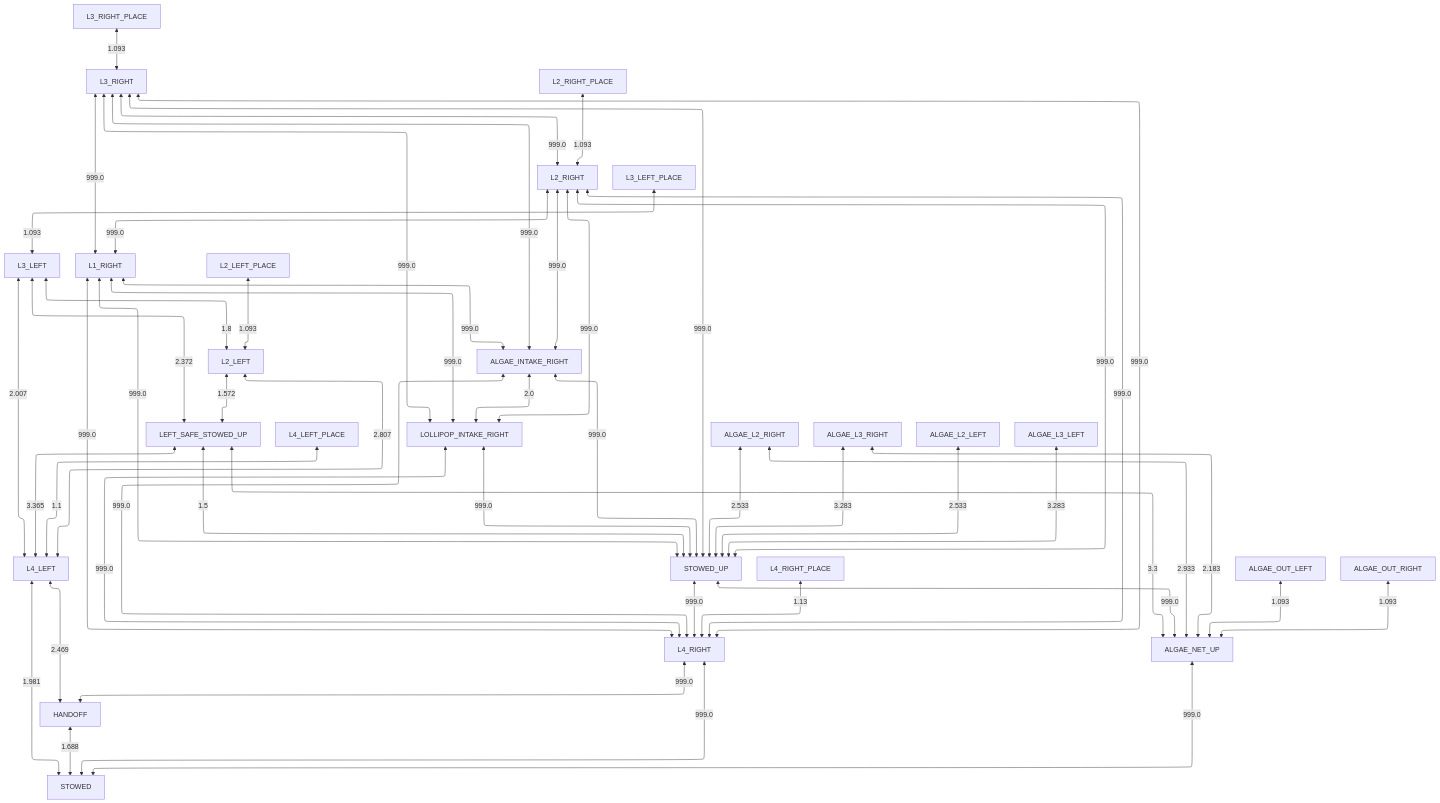
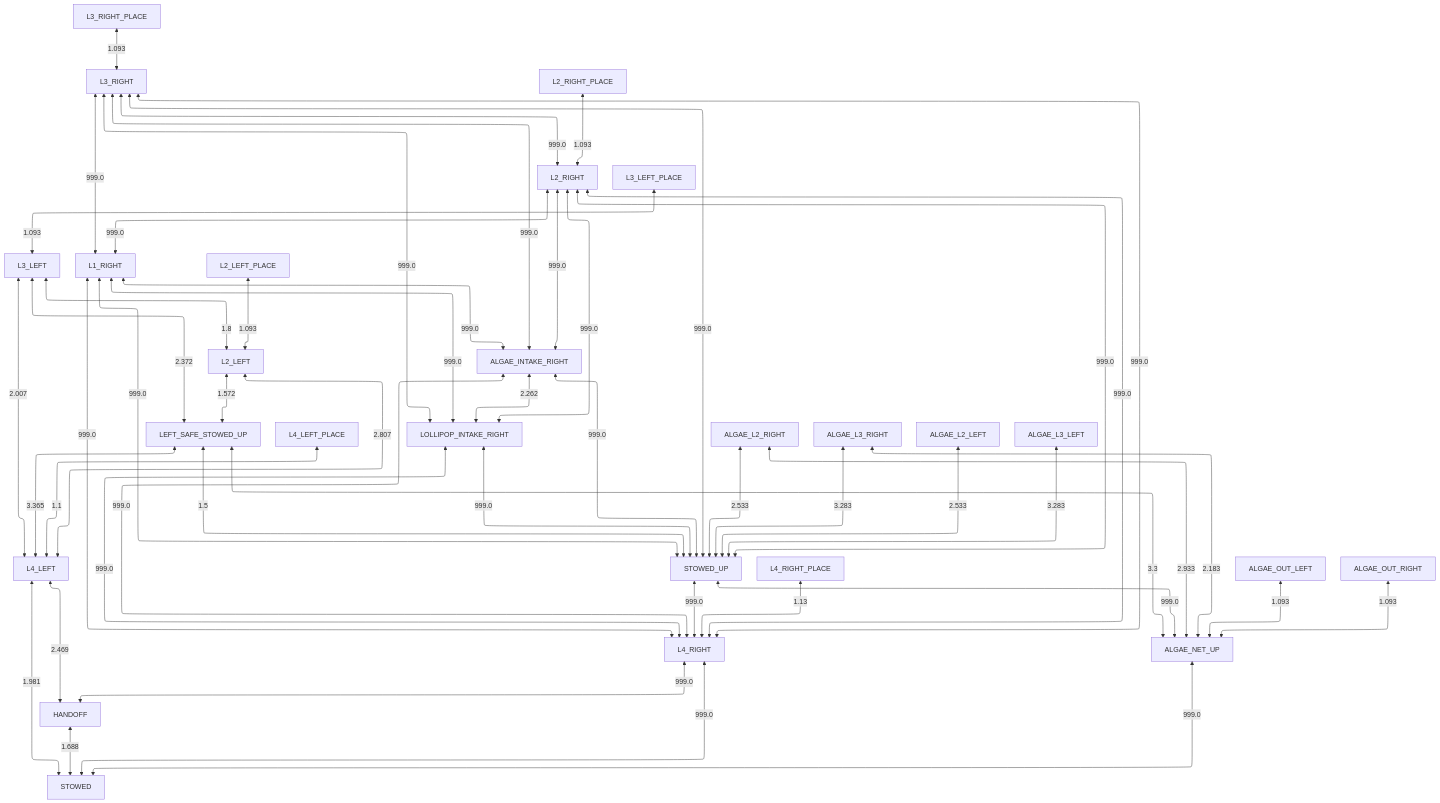
Before and after one commit to team581/2025-beta: the diagram in docs/collision_avoidance/right_obstructed.md, drawn with Mermaid. The commit also changed 7 other files, not shown here.

````diff
--- a/docs/collision_avoidance/right_obstructed.md
+++ b/docs/collision_avoidance/right_obstructed.md
@@ -3,55 +3,55 @@
 ```mermaid
 %%{ init: { "flowchart": { "defaultRenderer": "elk" } } }%%
 graph TD
 
 HANDOFF <-- 1.688 --> STOWED
 L4_LEFT <-- 1.981 --> STOWED
 L4_RIGHT <-- 999.0 --> STOWED
 ALGAE_NET_UP <-- 999.0 --> STOWED
 L4_LEFT <-- 2.469 --> HANDOFF
 L4_RIGHT <-- 999.0 --> HANDOFF
 LEFT_SAFE_STOWED_UP <-- 3.365 --> L4_LEFT
 L2_LEFT <-- 2.807 --> L4_LEFT
 L3_LEFT <-- 2.007 --> L4_LEFT
 L4_LEFT_PLACE <-- 1.1 --> L4_LEFT
 STOWED_UP <-- 999.0 --> L4_RIGHT
 ALGAE_INTAKE_RIGHT <-- 999.0 --> L4_RIGHT
 LOLLIPOP_INTAKE_RIGHT <-- 999.0 --> L4_RIGHT
 L1_RIGHT <-- 999.0 --> L4_RIGHT
 L2_RIGHT <-- 999.0 --> L4_RIGHT
 L3_RIGHT <-- 999.0 --> L4_RIGHT
 L4_RIGHT_PLACE <-- 1.13 --> L4_RIGHT
 LEFT_SAFE_STOWED_UP <-- 3.3 --> ALGAE_NET_UP
 STOWED_UP <-- 999.0 --> ALGAE_NET_UP
 ALGAE_OUT_LEFT <-- 1.093 --> ALGAE_NET_UP
 ALGAE_OUT_RIGHT <-- 1.093 --> ALGAE_NET_UP
 ALGAE_L2_RIGHT <-- 2.933 --> ALGAE_NET_UP
 ALGAE_L3_RIGHT <-- 2.183 --> ALGAE_NET_UP
 LEFT_SAFE_STOWED_UP <-- 1.5 --> STOWED_UP
 LOLLIPOP_INTAKE_RIGHT <-- 999.0 --> STOWED_UP
 ALGAE_INTAKE_RIGHT <-- 999.0 --> STOWED_UP
 L1_RIGHT <-- 999.0 --> STOWED_UP
 L2_RIGHT <-- 999.0 --> STOWED_UP
 L3_RIGHT <-- 999.0 --> STOWED_UP
 ALGAE_L2_LEFT <-- 2.533 --> STOWED_UP
 ALGAE_L2_RIGHT <-- 2.533 --> STOWED_UP
 ALGAE_L3_LEFT <-- 3.283 --> STOWED_UP
 ALGAE_L3_RIGHT <-- 3.283 --> STOWED_UP
 L2_LEFT <-- 1.572 --> LEFT_SAFE_STOWED_UP
 L3_LEFT <-- 2.372 --> LEFT_SAFE_STOWED_UP
-ALGAE_INTAKE_RIGHT <-- 2.0 --> LOLLIPOP_INTAKE_RIGHT
+ALGAE_INTAKE_RIGHT <-- 2.262 --> LOLLIPOP_INTAKE_RIGHT
 L1_RIGHT <-- 999.0 --> LOLLIPOP_INTAKE_RIGHT
 L2_RIGHT <-- 999.0 --> LOLLIPOP_INTAKE_RIGHT
 L3_RIGHT <-- 999.0 --> LOLLIPOP_INTAKE_RIGHT
 L1_RIGHT <-- 999.0 --> ALGAE_INTAKE_RIGHT
 L2_RIGHT <-- 999.0 --> ALGAE_INTAKE_RIGHT
 L3_RIGHT <-- 999.0 --> ALGAE_INTAKE_RIGHT
 L3_LEFT <-- 1.8 --> L2_LEFT
 L2_LEFT_PLACE <-- 1.093 --> L2_LEFT
 L3_LEFT_PLACE <-- 1.093 --> L3_LEFT
 L2_RIGHT <-- 999.0 --> L1_RIGHT
 L3_RIGHT <-- 999.0 --> L1_RIGHT
 L3_RIGHT <-- 999.0 --> L2_RIGHT
 L2_RIGHT_PLACE <-- 1.093 --> L2_RIGHT
 L3_RIGHT_PLACE <-- 1.093 --> L3_RIGHT
 ```
````
